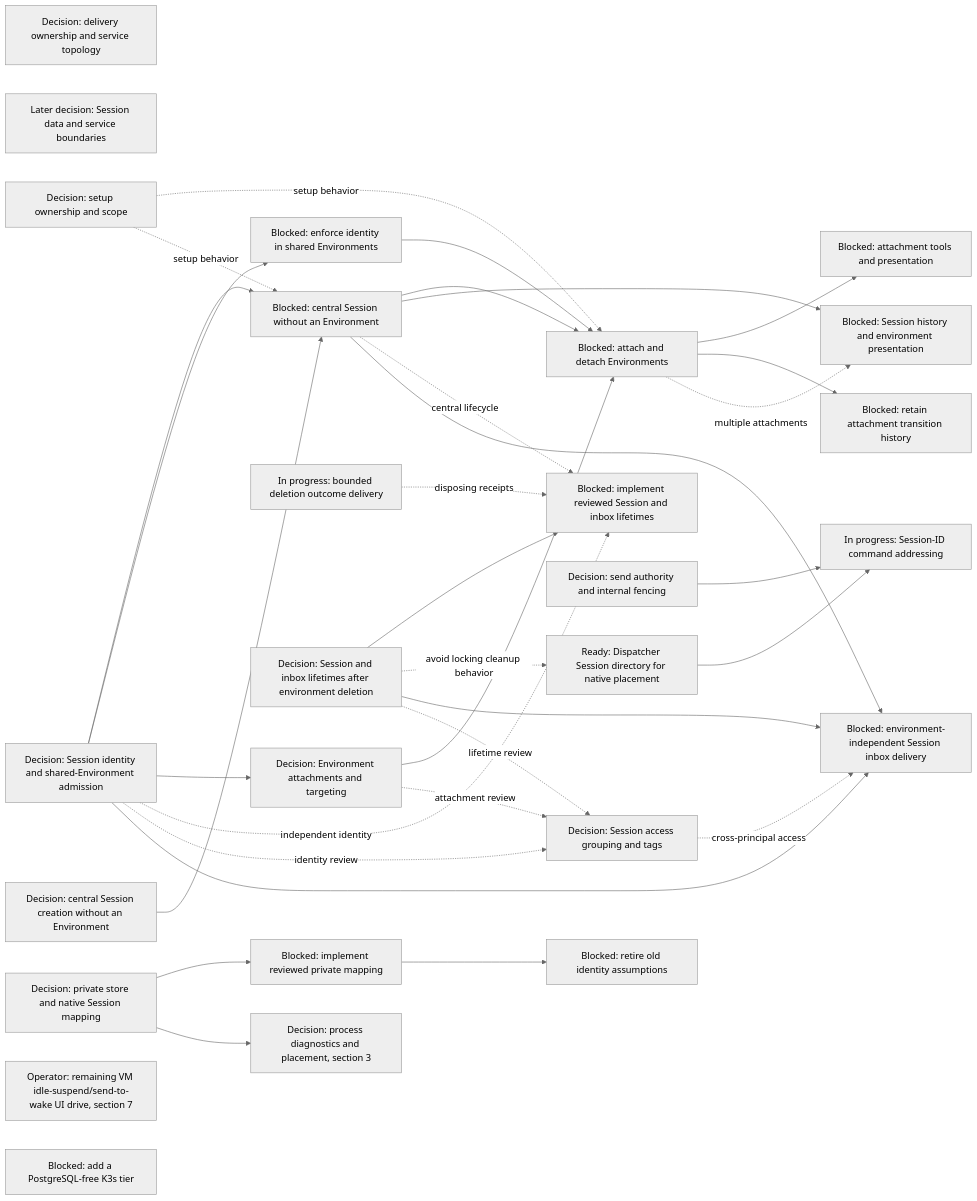
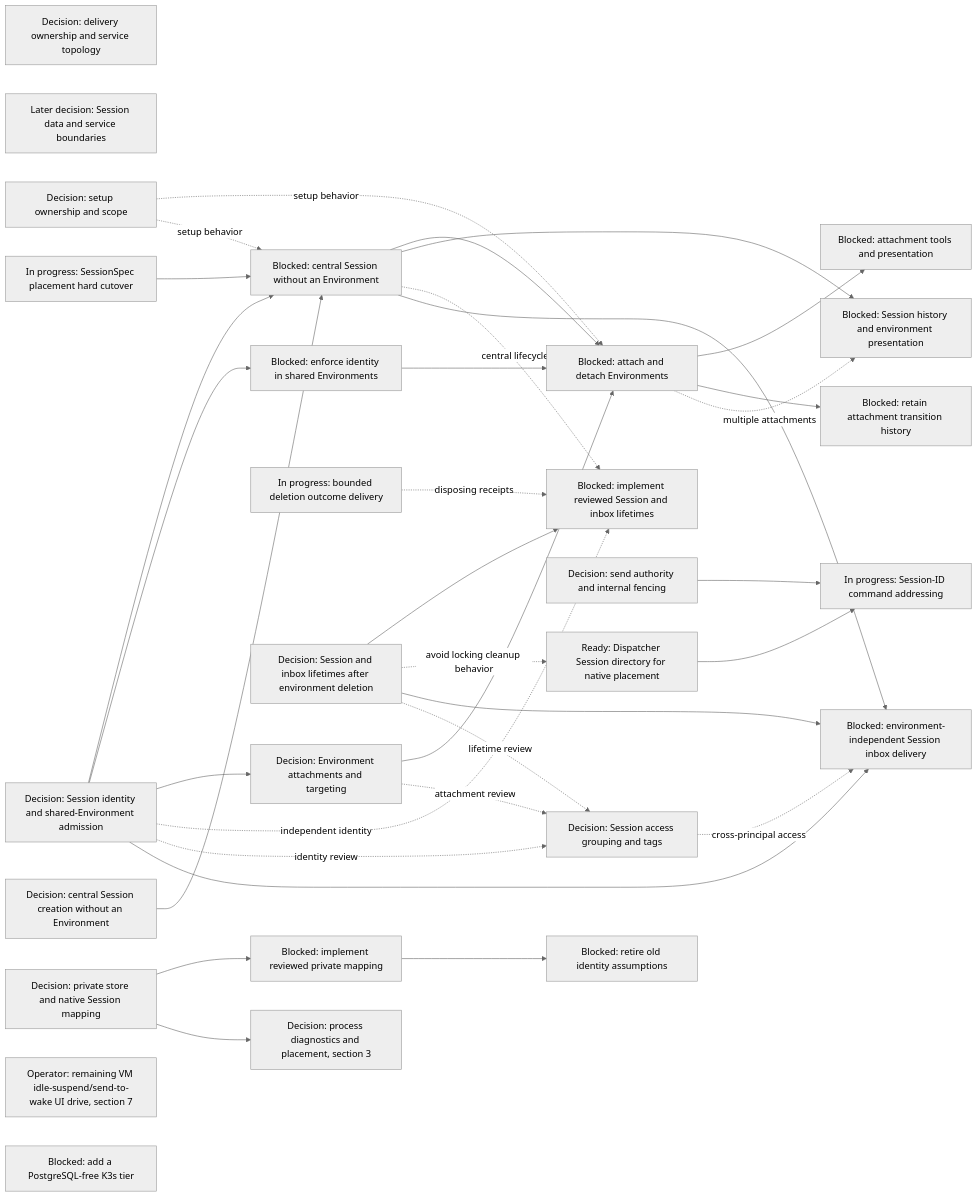
One commit to agentydragon/ducktape changed diagram 14 of 17 in agentplane/plans/task_dag.md. Above: the diagram before and after it, drawn with Mermaid (neutral theme). The commit also changed other lines of this file and 122 other files, not shown here.

Commit message:
agentplane: encode typed Session placement in shared spec

````diff
--- a/agentplane/plans/task_dag.md
+++ b/agentplane/plans/task_dag.md
@@ -2121,59 +2122,61 @@
 ```mermaid
 flowchart LR
     DISPATCHER_PERSISTENCE_MODEL_DESIGN[Decision: delivery ownership and service topology]
     SESSION_DATA_OWNERSHIP_DESIGN[Later decision: Session data and service boundaries]
     SESSION_DIRECTORY_NATIVE[Ready: Dispatcher Session directory for native placement]
+    SESSION_SPEC_PLACEMENT_CUTOVER[In progress: SessionSpec placement hard cutover]
     SESSION_IDENTITY_CONTRACT[Decision: Session identity and shared-Environment admission]
     SESSION_ACCESS_GROUPING_DESIGN[Decision: Session access grouping and tags]
     CENTRAL_SESSION_CREATION_CONTRACT[Decision: central Session creation without an Environment]
     SESSION_ATTACHMENT_CONTRACT[Decision: Environment attachments and targeting]
     SESSION_ENVIRONMENT_SETUP_DESIGN[Decision: setup ownership and scope]
     SESSION_IDENTITY_ENFORCEMENT[Blocked: enforce identity in shared Environments]
     CENTRAL_SESSION_WITHOUT_ENVIRONMENT[Blocked: central Session without an Environment]
     SESSION_ENV_ATTACHMENTS[Blocked: attach and detach Environments]
     SESSION_ATTACHMENT_SURFACES[Blocked: attachment tools and presentation]
     SESSION_ATTACHMENT_HISTORY[Blocked: retain attachment transition history]
     SESSION_LIFETIME_IMPLEMENTATION[Blocked: implement reviewed Session and inbox lifetimes]
     CENTRAL_SESSION_NOTIFICATIONS[Blocked: environment-independent Session inbox delivery]
     DELIVERY_DESTINATION_AUTHORITY_DESIGN[Decision: send authority and internal fencing]
     SESSION_DELETION_FENCE[In progress: bounded deletion outcome delivery]
     SESSION_AND_INBOX_LIFETIME[Decision: Session and inbox lifetimes after environment deletion]
     DELIVERY_DESTINATION_CONTRACT[In progress: Session-ID command addressing]
     SESSION_HISTORY_PRESENTATION[Blocked: Session history and environment presentation]
     SESSION_DIRECTORY_NATIVE --> DELIVERY_DESTINATION_CONTRACT
+    SESSION_SPEC_PLACEMENT_CUTOVER --> CENTRAL_SESSION_WITHOUT_ENVIRONMENT
     SESSION_IDENTITY_CONTRACT --> CENTRAL_SESSION_WITHOUT_ENVIRONMENT
     CENTRAL_SESSION_CREATION_CONTRACT --> CENTRAL_SESSION_WITHOUT_ENVIRONMENT
     SESSION_IDENTITY_CONTRACT --> SESSION_IDENTITY_ENFORCEMENT
     SESSION_IDENTITY_CONTRACT --> SESSION_ATTACHMENT_CONTRACT
     SESSION_ATTACHMENT_CONTRACT --> SESSION_ENV_ATTACHMENTS
     SESSION_ENVIRONMENT_SETUP_DESIGN -. setup behavior .-> SESSION_ENV_ATTACHMENTS
     SESSION_ENVIRONMENT_SETUP_DESIGN -. setup behavior .-> CENTRAL_SESSION_WITHOUT_ENVIRONMENT
     SESSION_IDENTITY_ENFORCEMENT --> SESSION_ENV_ATTACHMENTS
     CENTRAL_SESSION_WITHOUT_ENVIRONMENT --> SESSION_ENV_ATTACHMENTS
     SESSION_ENV_ATTACHMENTS --> SESSION_ATTACHMENT_SURFACES
     SESSION_ENV_ATTACHMENTS --> SESSION_ATTACHMENT_HISTORY
     CENTRAL_SESSION_WITHOUT_ENVIRONMENT --> SESSION_HISTORY_PRESENTATION
     SESSION_ENV_ATTACHMENTS -. multiple attachments .-> SESSION_HISTORY_PRESENTATION
     SESSION_AND_INBOX_LIFETIME --> SESSION_LIFETIME_IMPLEMENTATION
     SESSION_AND_INBOX_LIFETIME -. avoid locking cleanup behavior .-> SESSION_DIRECTORY_NATIVE
     SESSION_IDENTITY_CONTRACT -. independent identity .-> SESSION_LIFETIME_IMPLEMENTATION
     CENTRAL_SESSION_WITHOUT_ENVIRONMENT -. central lifecycle .-> SESSION_LIFETIME_IMPLEMENTATION
     SESSION_DELETION_FENCE -. disposing receipts .-> SESSION_LIFETIME_IMPLEMENTATION
     SESSION_AND_INBOX_LIFETIME --> CENTRAL_SESSION_NOTIFICATIONS
     SESSION_IDENTITY_CONTRACT -. identity review .-> SESSION_ACCESS_GROUPING_DESIGN
     SESSION_ATTACHMENT_CONTRACT -. attachment review .-> SESSION_ACCESS_GROUPING_DESIGN
     SESSION_AND_INBOX_LIFETIME -. lifetime review .-> SESSION_ACCESS_GROUPING_DESIGN
     SESSION_ACCESS_GROUPING_DESIGN -. cross-principal access .-> CENTRAL_SESSION_NOTIFICATIONS
     SESSION_IDENTITY_CONTRACT --> CENTRAL_SESSION_NOTIFICATIONS
     CENTRAL_SESSION_WITHOUT_ENVIRONMENT --> CENTRAL_SESSION_NOTIFICATIONS
     HARNESS_IDENTITY_DESIGN[Decision: private store and native Session mapping]
     RUNNER_STORE_SESSION_IDENTITY[Blocked: implement reviewed private mapping]
     RUNNER_IDENTITY_LEGACY_CLEANUP[Blocked: retire old identity assumptions]
     IDLE_SUSPEND_UI_DRIVE[Operator: remaining VM idle-suspend/send-to-wake UI drive, section 7]
     RUNNER_HARNESS_OBJECTS_DESIGN[Decision: process diagnostics and placement, section 3]
     CNPG_FREE_K3S_INTEGRATION_TIER[Blocked: add a PostgreSQL-free K3s tier]
     DELIVERY_DESTINATION_AUTHORITY_DESIGN --> DELIVERY_DESTINATION_CONTRACT
     RUNNER_STORE_SESSION_IDENTITY --> RUNNER_IDENTITY_LEGACY_CLEANUP
     HARNESS_IDENTITY_DESIGN --> RUNNER_STORE_SESSION_IDENTITY
     HARNESS_IDENTITY_DESIGN --> RUNNER_HARNESS_OBJECTS_DESIGN
 ```
````
